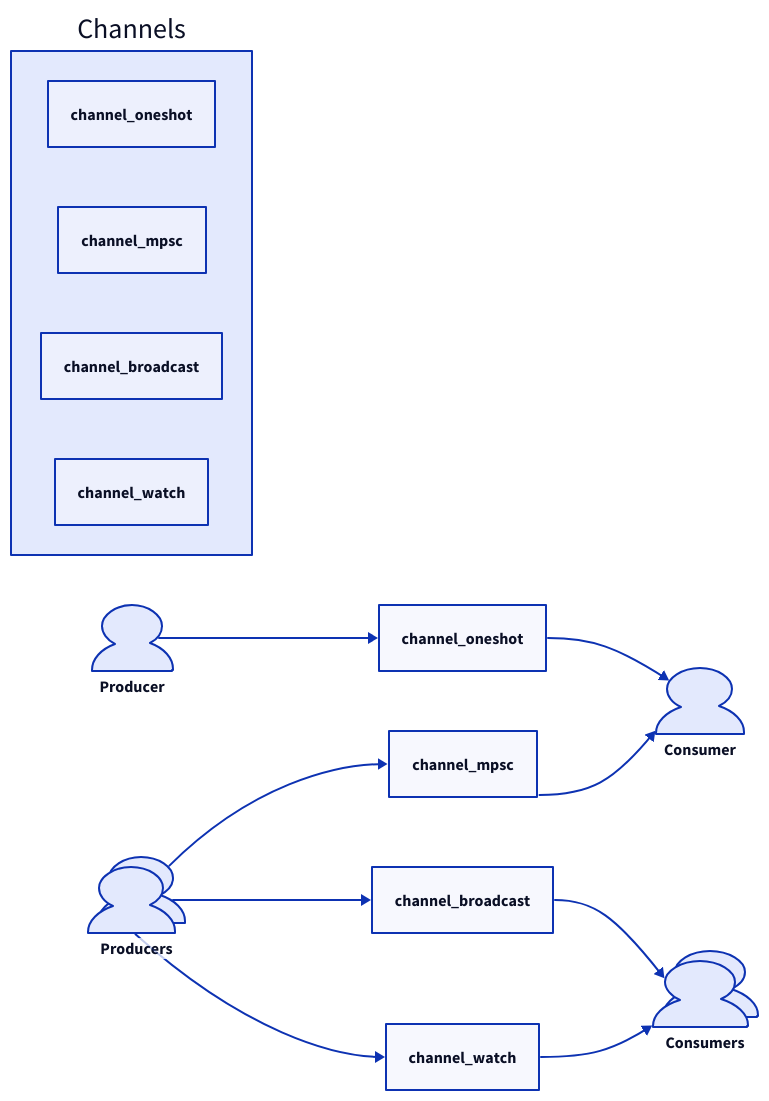
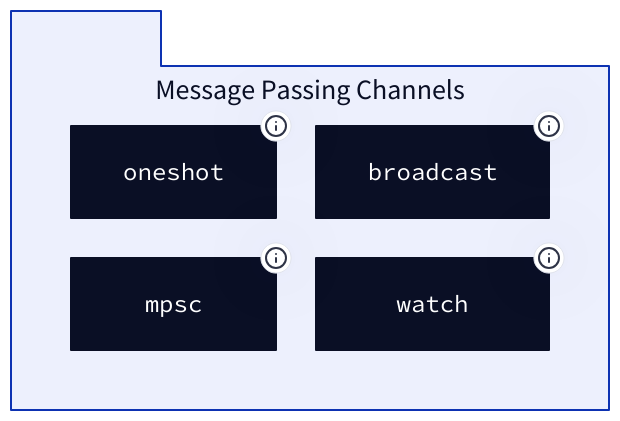
Before and after one commit to lban2049/tokio: the diagram in .aigne/doc-smith/docs/api-sync.md, drawn with D2. The commit also changed other lines of this file and 42 other files, not shown here.

````diff
--- a/.aigne/doc-smith/docs/api-sync.md
+++ b/.aigne/doc-smith/docs/api-sync.md
@@ -27,34 +11,32 @@
 ```d2
-direction: right
+direction: down
 
-Producers: {
-  shape: person
-  style.multiple: true
+"Message Passing Channels": {
+  shape: package
+  grid-columns: 2
+
+  "oneshot": {
+    label: "oneshot"
+    tooltip: "Single value, single producer, single consumer"
+    shape: class
+  }
+
+  "mpsc": {
+    label: "mpsc"
+    tooltip: "Multiple values, multiple producers, single consumer"
+    shape: class
+  }
+
+  "broadcast": {
+    label: "broadcast"
+    tooltip: "Multiple values, multiple producers, multiple consumers (fan-out)"
+    shape: class
+  }
+
+  "watch": {
+    label: "watch"
+    tooltip: "Latest value, multiple producers, multiple consumers"
+    shape: class
+  }
 }
-
-Consumers: {
-  shape: person
-  style.multiple: true
-}
-
-Producer: {
-  shape: person
-}
-
-Consumer: {
-  shape: person
-}
-
-
-subgraph_channels: "Channels" {
-  "oneshot\n(single value)": channel_oneshot
-  "mpsc\n(many values)": channel_mpsc
-  "broadcast\n(fan-out)": channel_broadcast
-  "watch\n(latest value)": channel_watch
-}
-
-Producer -> channel_oneshot -> Consumer
-Producers -> channel_mpsc -> Consumer
-Producers -> channel_broadcast -> Consumers
-Producers -> channel_watch -> Consumers
 ```
````
